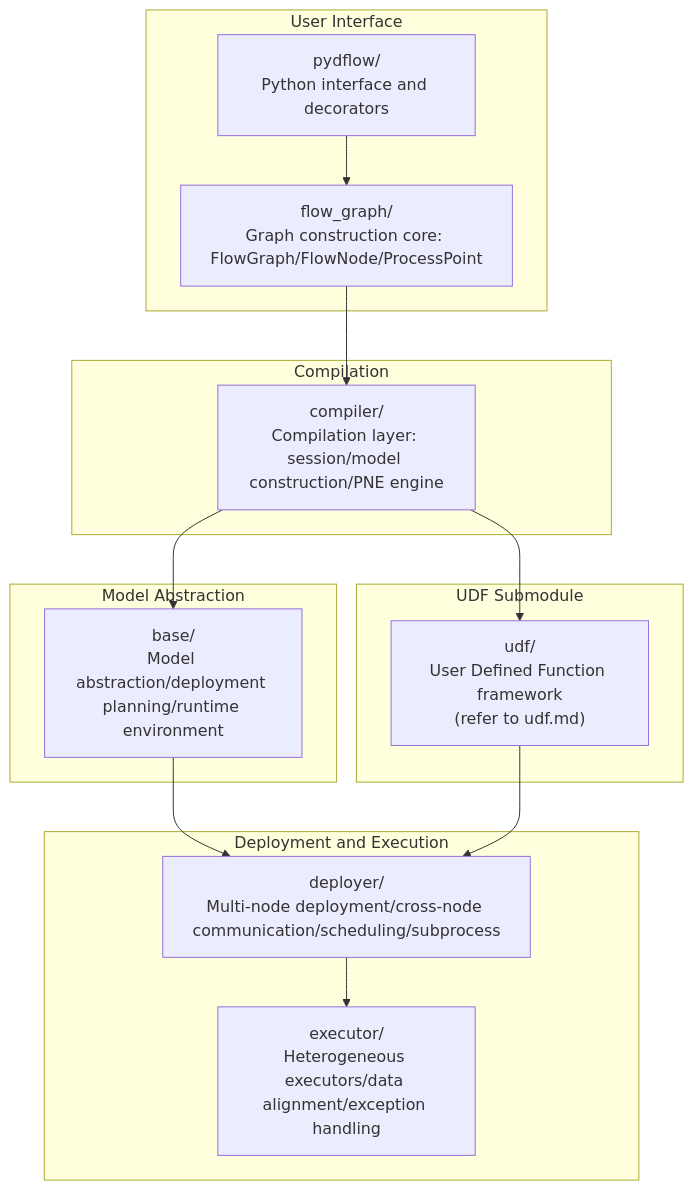
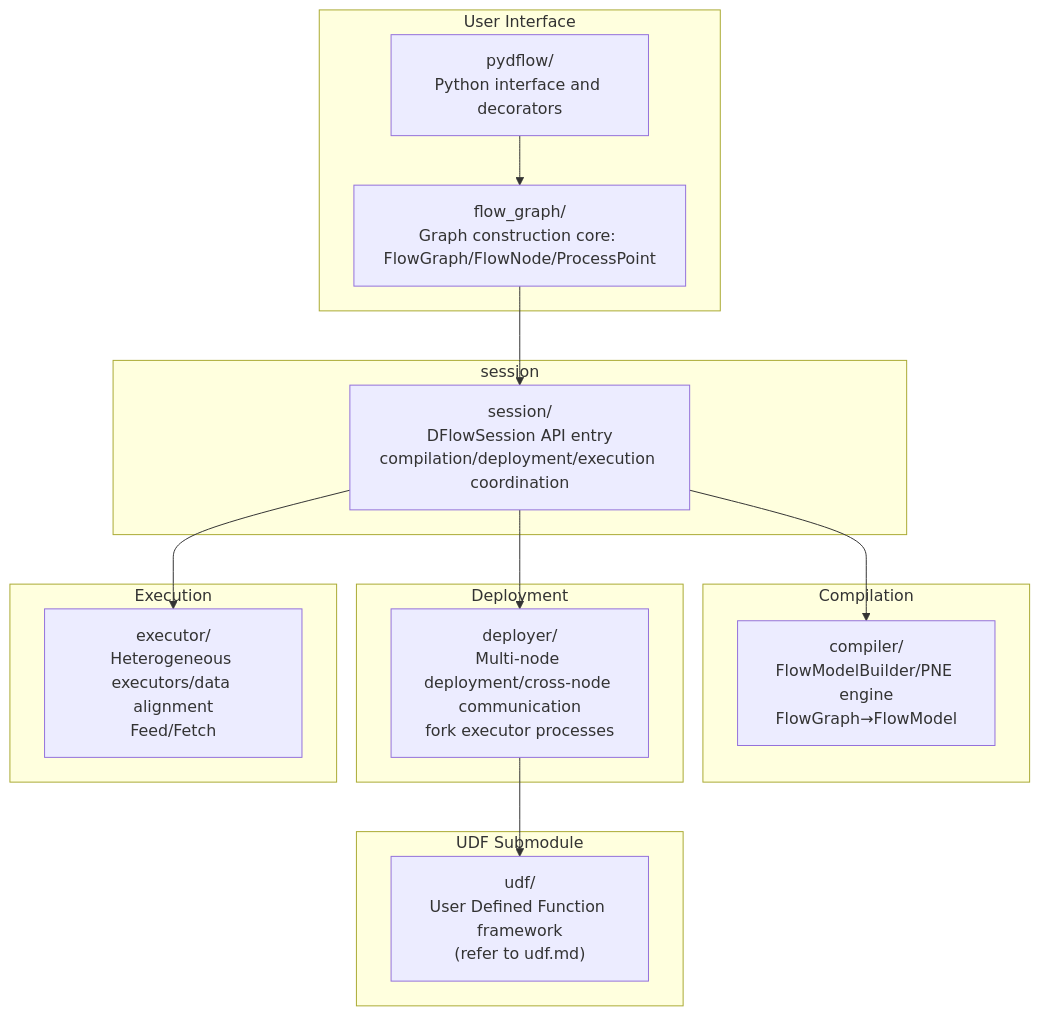
Before and after one commit to hicann/ge: the first of 8 diagrams in docs/en/design/modules/dflow/dflow.md, drawn with Mermaid. The commit also changed other lines of this file and 1 other file, not shown here.

First line of the commit message:
docs: 优化dflow设计文档结构和模块依赖图

````diff
--- a/docs/en/design/modules/dflow/dflow.md
+++ b/docs/en/design/modules/dflow/dflow.md
@@ -41,28 +49,29 @@
 ```mermaid
 flowchart TD
     subgraph User Interface
+        PYD["pydflow/<br/>Python interface and decorators"]
         FG["flow_graph/<br/>Graph construction core: FlowGraph/FlowNode/ProcessPoint"]
-        PYD["pydflow/<br/>Python interface and decorators"]
+    end
+    subgraph session
+        SES["session/<br/>DFlowSession API entry<br/>compilation/deployment/execution coordination"]
     end
     subgraph Compilation
-        CMP["compiler/<br/>Compilation layer: session/model construction/PNE engine"]
+        CMP["compiler/<br/>FlowModelBuilder/PNE engine<br/>FlowGraph→FlowModel"]
     end
-    subgraph Model Abstraction
-        BASE["base/<br/>Model abstraction/deployment planning/runtime environment"]
+    subgraph Deployment
+        DEP["deployer/<br/>Multi-node deployment/cross-node communication<br/>fork executor processes"]
     end
-    subgraph Deployment and Execution
-        DEP["deployer/<br/>Multi-node deployment/cross-node communication/scheduling/subprocess"]
-        EXEC["executor/<br/>Heterogeneous executors/data alignment/exception handling"]
+    subgraph Execution
+        EXEC["executor/<br/>Heterogeneous executors/data alignment<br/>Feed/Fetch"]
     end
     subgraph UDF Submodule
         UDF["udf/<br/>User Defined Function framework<br/>(refer to udf.md)"]
     end
 
-    FG --> CMP
     PYD --> FG
-    CMP --> BASE
-    BASE --> DEP
-    DEP --> EXEC
-    CMP --> UDF
-    UDF --> DEP
+    FG --> SES
+    SES --> CMP
+    SES --> DEP
+    SES --> EXEC
+    DEP --> UDF
 ```
````
